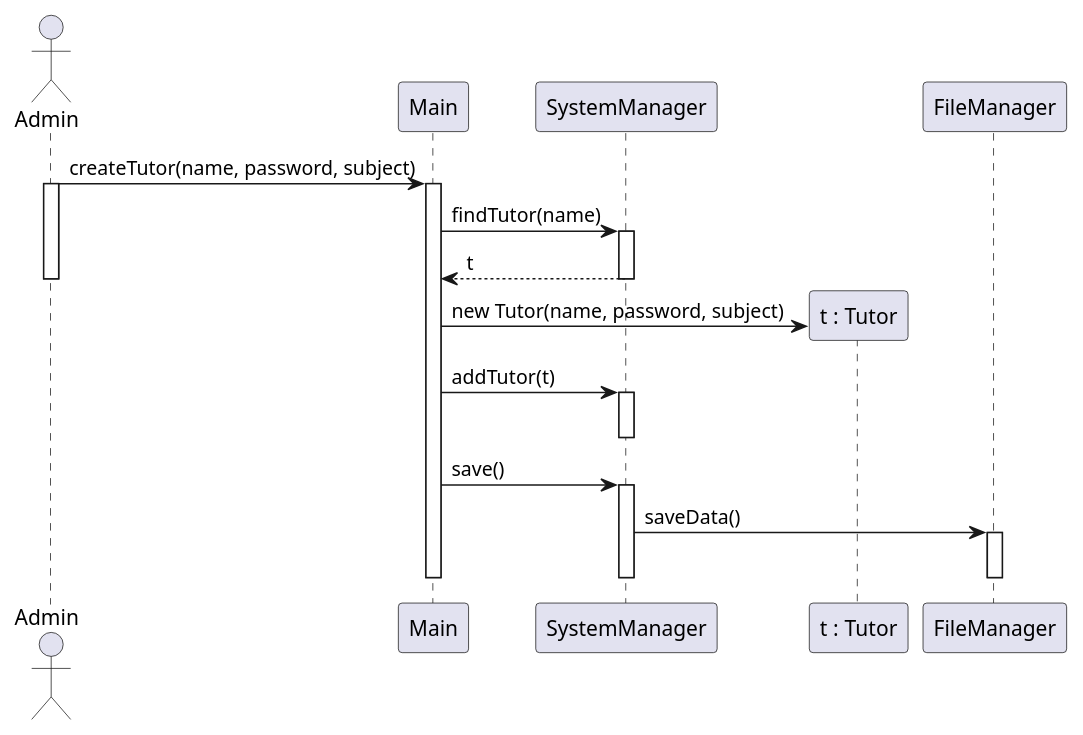
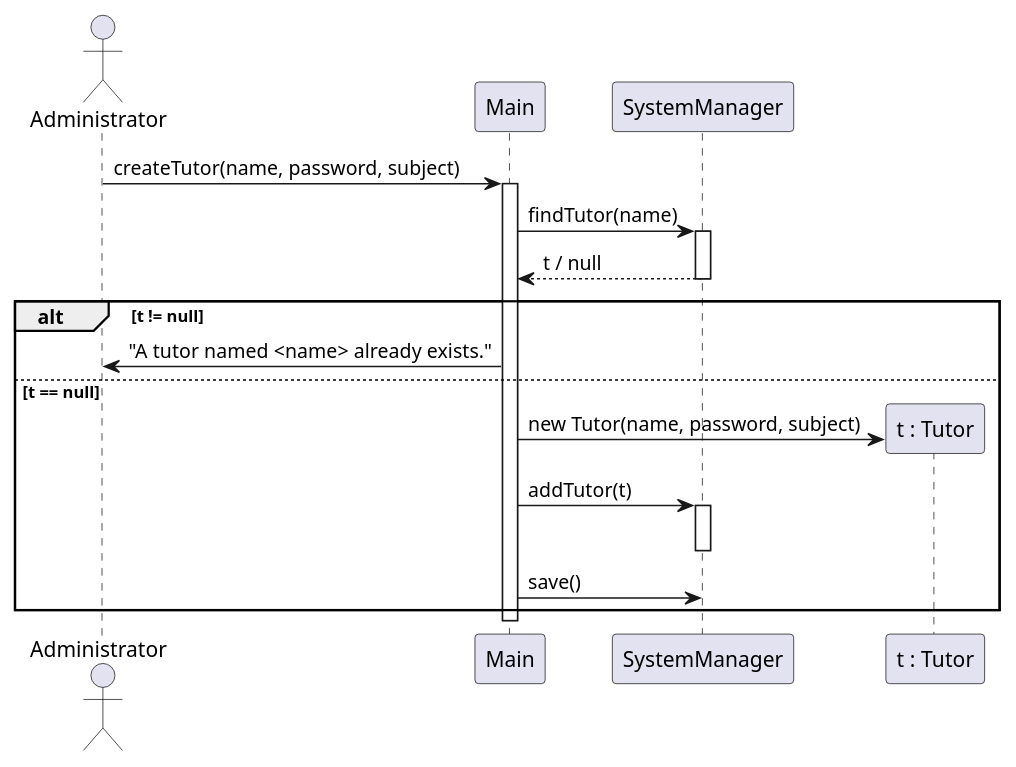
The diagram in docs/create-tutor-sequence.puml (localhost433/OOPFinalProject), drawn with PlantUML before and after one commit. The commit also changed 10 other files, not shown here.

Commit message:
seq diagrams

```diff
--- a/docs/create-tutor-sequence.puml
+++ b/docs/create-tutor-sequence.puml
@@ -1,36 +1,32 @@
 @startuml create-tutor-sequence
-' Sequence diagram — Admin creates a tutor profile (Main.createTutor)
+' Sequence diagram — Administrator adds a tutor (Main.createTutor)
 
-actor Admin as admin
+actor Administrator as administrator
 
 participant "Main" as main
 participant "SystemManager" as sys
 participant "t : Tutor" as tObj
-participant "FileManager" as file
 
-admin -> main : createTutor(name, password, subject)
-activate admin
+administrator -> main : createTutor(name, password, subject)
 activate main
 
 main -> sys : findTutor(name)
 activate sys
-sys --> main : t
-deactivate sys
-deactivate admin
-
-main -> tObj ** : new Tutor(name, password, subject)
-
-main -> sys : addTutor(t)
-activate sys
+sys --> main : t / null
 deactivate sys
 
-main -> sys : save()
-activate sys
-sys -> file : saveData()
-activate file
-deactivate file
-deactivate sys
+alt t != null
+    main -> administrator : "A tutor named <name> already exists."
+else t == null
+    main -> tObj ** : new Tutor(name, password, subject)
+
+    main -> sys : addTutor(t)
+    activate sys
+    deactivate sys
+
+    main -> sys : save()
+end
 
 deactivate main
 
 @enduml
```
